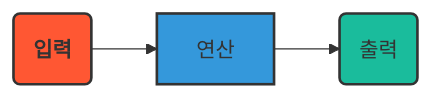
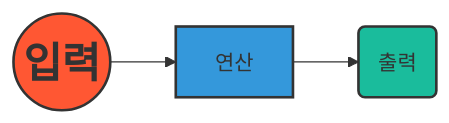
Before and after one commit to 201710808/-p: the diagram in Readme.md, drawn with Mermaid.

````diff
--- a/Readme.md
+++ b/Readme.md
@@ -3,9 +3,10 @@
 ```mermaid
 graph LR
-A(<b>입력</b>)-->B[연산]
-B-->C(출력)
+A((<b><span style='font-size:32px'>입력</span></b>)) --> B[연산]
+B --> C(출력)
 
 style A fill:#FF5733,stroke:#333,stroke-width:2px
 style B fill:#3498db,stroke:#333,stroke-width:2px
 style C fill:#1abc9c,stroke:#333,stroke-width:2px
+
 ```
````
